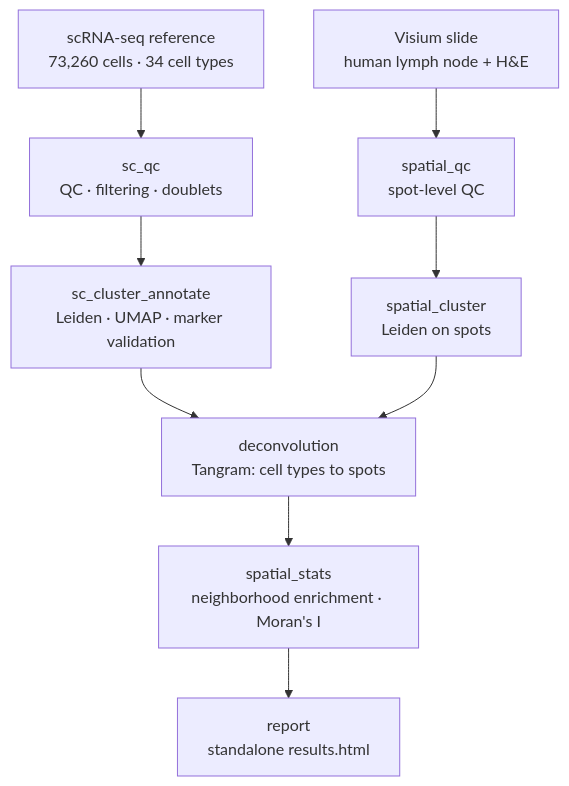
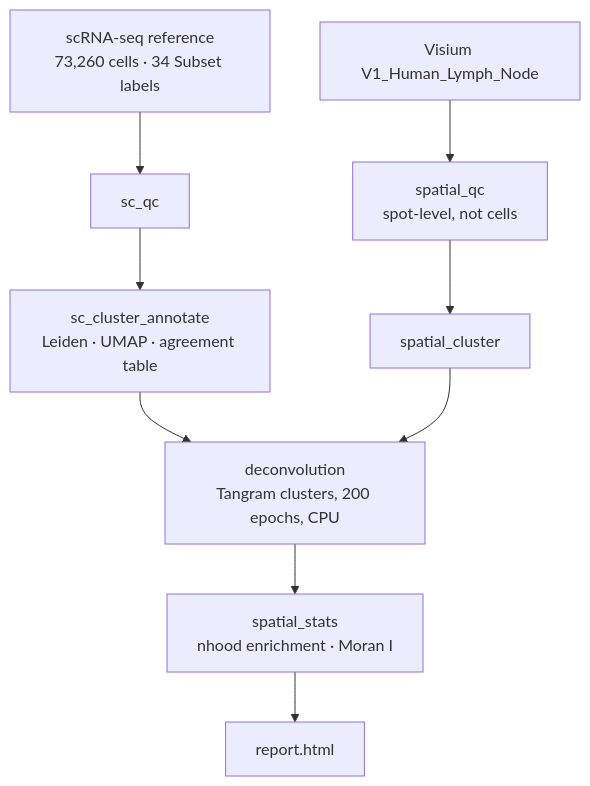
The diagram in README.md (christopher2026/Spatial-Immunology-Atlas-Pipeline), drawn with Mermaid before and after one commit. The commit also changed other lines of this file, not shown here.

````diff
--- a/README.md
+++ b/README.md
@@ -17,11 +33,11 @@
 ```mermaid
 flowchart TD
-    A[scRNA-seq reference<br/>73,260 cells · 34 cell types] --> B[sc_qc<br/>QC · filtering · doublets]
-    B --> C[sc_cluster_annotate<br/>Leiden · UMAP · marker validation]
-    D[Visium slide<br/>human lymph node + H&E] --> E[spatial_qc<br/>spot-level QC]
-    E --> F[spatial_cluster<br/>Leiden on spots]
-    C --> G[deconvolution<br/>Tangram: cell types to spots]
+    A[scRNA-seq reference<br/>73,260 cells · 34 Subset labels] --> B[sc_qc]
+    B --> C[sc_cluster_annotate<br/>Leiden · UMAP · agreement table]
+    D[Visium V1_Human_Lymph_Node] --> E[spatial_qc<br/>spot-level, not cells]
+    E --> F[spatial_cluster]
+    C --> G[deconvolution<br/>Tangram clusters, 200 epochs, CPU]
     F --> G
-    G --> H[spatial_stats<br/>neighborhood enrichment · Moran's I]
-    H --> I[report<br/>standalone results.html]
+    G --> H[spatial_stats<br/>nhood enrichment · Moran I]
+    H --> I[report.html]
 ```
````
